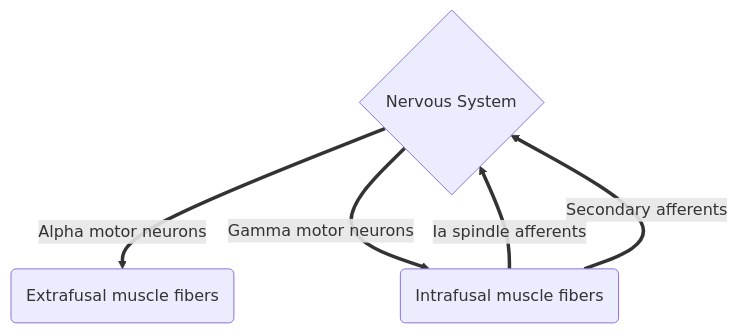
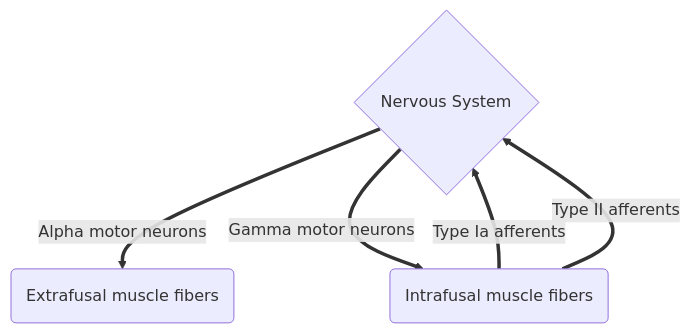
One commit to psu-psychology/psy-511-scan-fdns-2026-spring changed the sixth of 8 diagrams in slides/wk-03-2026-01-29-action.qmd. Above: the diagram before and after it, drawn with Mermaid. The commit also changed other lines of this file and 5 other files, not shown here.

````diff
--- a/slides/wk-03-2026-01-29-action.qmd
+++ b/slides/wk-03-2026-01-29-action.qmd
@@ -482,9 +518,9 @@
 ```{mermaid}
 %%| label: fig-info-flow-skeletal-muscle
-%%| fig-cap: "CNS activation of skeletal muscle fibers."
+%%| fig-cap: "CNS activation of extrafusal and intrafusal skeletal muscle fibers."
 flowchart TD
   N{Nervous System} ==>|Alpha motor neurons|B(Extrafusal muscle fibers)
   N ==>|Gamma motor neurons|C(Intrafusal muscle fibers)
-  C ==>|Ia spindle afferents|N
-  C ==>|Secondary afferents|N
+  C ==>|Type Ia afferents|N
+  C ==>|Type II afferents|N
 ```
````
